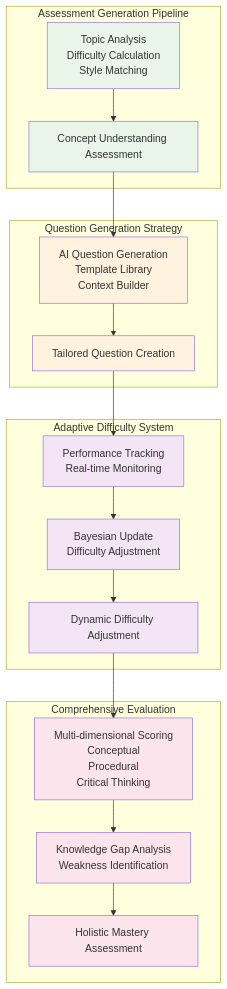
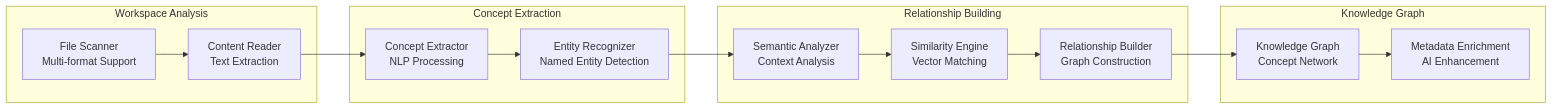
One commit to phona/learning-catalyst changed the second of 3 diagrams in docs/technical/system-architecture/knowledge-management-system.md. Above: the diagram before and after it, drawn with Mermaid. The commit also changed other lines of this file and 19 other files, not shown here.

````diff
--- a/docs/technical/system-architecture/knowledge-management-system.md
+++ b/docs/technical/system-architecture/knowledge-management-system.md
@@ -340,44 +119,32 @@
 ```mermaid
-flowchart TD
-    subgraph "Assessment Generation Pipeline"
-        TopicAnalysis["Topic Analysis<br/>Difficulty Calculation<br/>Style Matching"]
-        ConceptAssessment["Concept Understanding Assessment"]
+flowchart LR
+    subgraph "Workspace Analysis"
+        FileScanner["File Scanner<br/>Multi-format Support"]
+        ContentReader["Content Reader<br/>Text Extraction"]
     end
 
-    subgraph "Question Generation Strategy"
-        AIQuestionGen["AI Question Generation<br/>Template Library<br/>Context Builder"]
-        TailoredCreation["Tailored Question Creation"]
+    subgraph "Concept Extraction"
+        ConceptExtractor["Concept Extractor<br/>NLP Processing"]
+        EntityRecognizer["Entity Recognizer<br/>Named Entity Detection"]
     end
 
-    subgraph "Adaptive Difficulty System"
-        PerformanceTracking["Performance Tracking<br/>Real-time Monitoring"]
-        BayesianUpdate["Bayesian Update<br/>Difficulty Adjustment"]
-        DynamicAdjustment["Dynamic Difficulty Adjustment"]
+    subgraph "Relationship Building"
+        SemanticAnalyzer["Semantic Analyzer<br/>Context Analysis"]
+        SimilarityEngine["Similarity Engine<br/>Vector Matching"]
+        RelationshipBuilder["Relationship Builder<br/>Graph Construction"]
     end
 
-    subgraph "Comprehensive Evaluation"
-        MultiDimensionalScoring["Multi-dimensional Scoring<br/>Conceptual<br/>Procedural<br/>Critical Thinking"]
-        GapAnalysis["Knowledge Gap Analysis<br/>Weakness Identification"]
-        HolisticAssessment["Holistic Mastery Assessment"]
+    subgraph "Knowledge Graph"
+        KnowledgeGraph["Knowledge Graph<br/>Concept Network"]
+        MetadataEnrichment["Metadata Enrichment<br/>AI Enhancement"]
     end
 
-    TopicAnalysis --> ConceptAssessment
-    ConceptAssessment --> AIQuestionGen
-    AIQuestionGen --> TailoredCreation
-    TailoredCreation --> PerformanceTracking
-    PerformanceTracking --> BayesianUpdate
-    BayesianUpdate --> DynamicAdjustment
-    DynamicAdjustment --> MultiDimensionalScoring
-    MultiDimensionalScoring --> GapAnalysis
-    GapAnalysis --> HolisticAssessment
-
-    classDef generation fill:#e8f5e8
-    classDef question fill:#fff3e0
-    classDef adaptive fill:#f3e5f5
-    classDef evaluation fill:#fce4ec
-
-    class TopicAnalysis,ConceptAssessment generation
-    class AIQuestionGen,TailoredCreation question
-    class PerformanceTracking,BayesianUpdate,DynamicAdjustment adaptive
-    class MultiDimensionalScoring,GapAnalysis,HolisticAssessment evaluation
+    FileScanner --> ContentReader
+    ContentReader --> ConceptExtractor
+    ConceptExtractor --> EntityRecognizer
+    EntityRecognizer --> SemanticAnalyzer
+    SemanticAnalyzer --> SimilarityEngine
+    SimilarityEngine --> RelationshipBuilder
+    RelationshipBuilder --> KnowledgeGraph
+    KnowledgeGraph --> MetadataEnrichment
 ```
````
